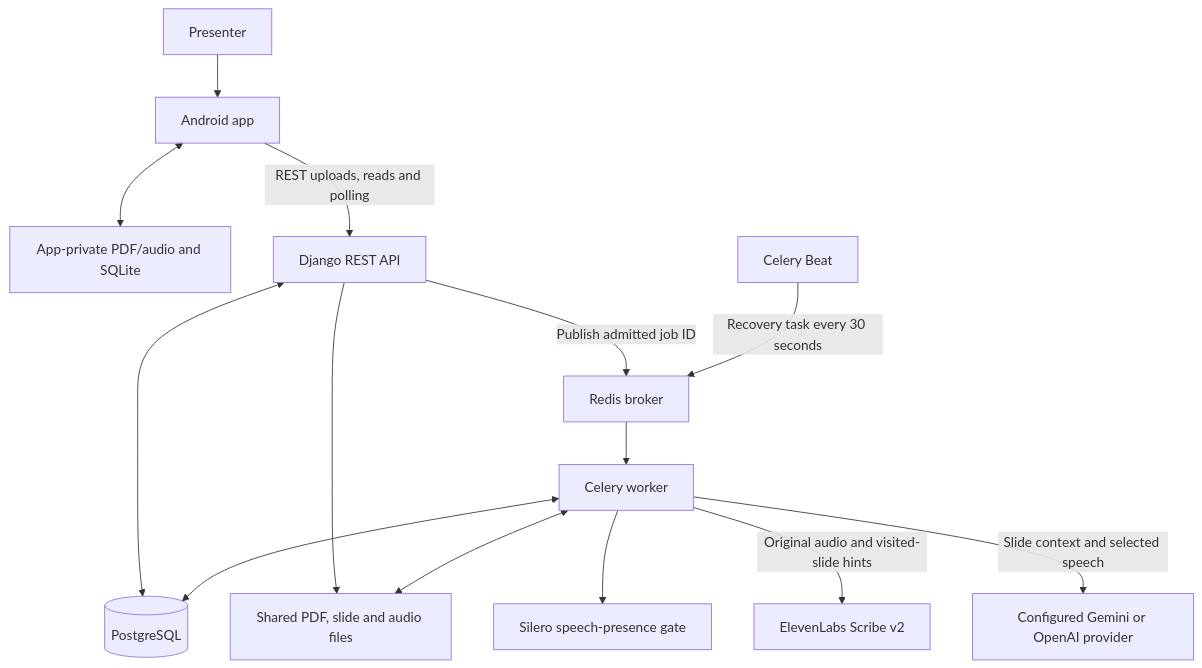
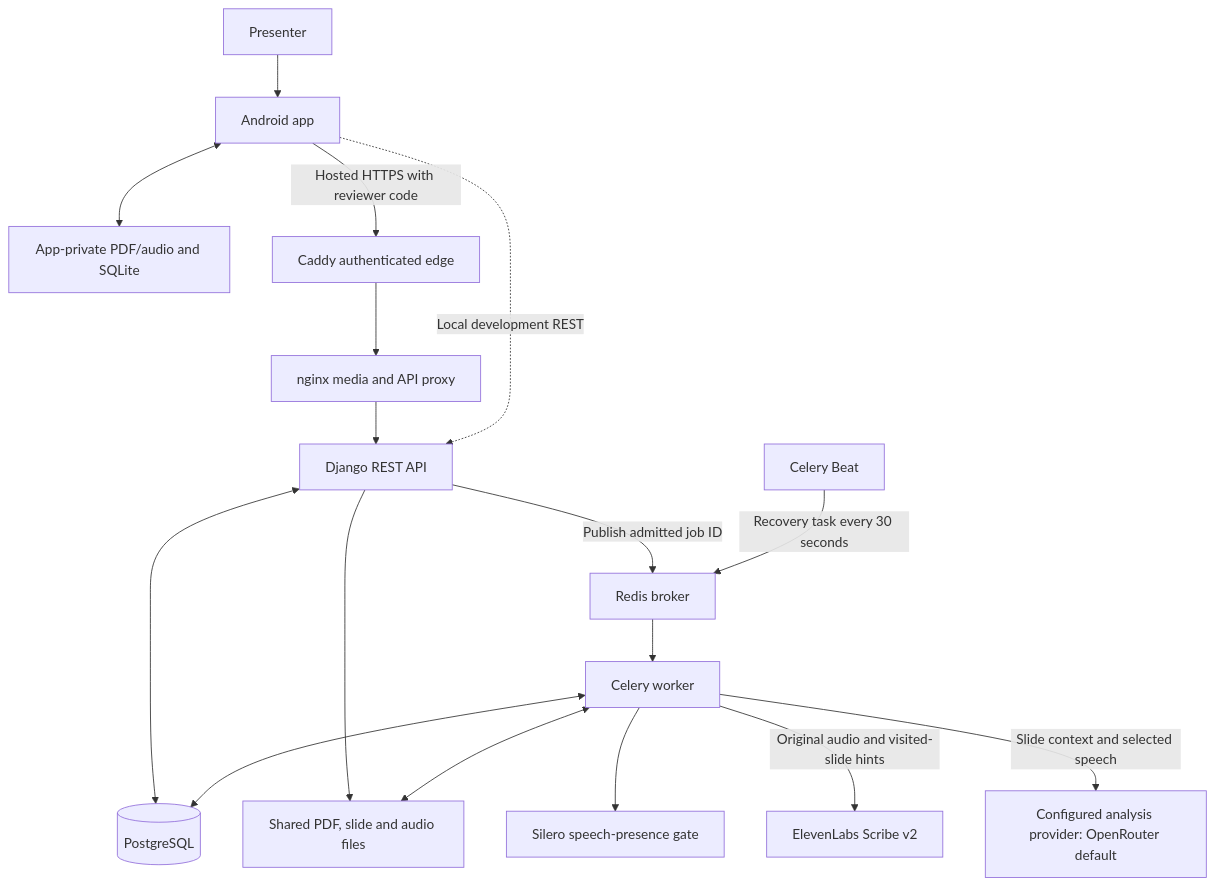
One commit to snuhcs-course/swpp-2026-project-team-07 changed the first of 3 diagrams in Design-Documentation.md. Above: the diagram before and after it, drawn with Mermaid. The commit also changed other lines of this file and 21 other files, not shown here.

````diff
--- a/Design-Documentation.md
+++ b/Design-Documentation.md
@@ -18,16 +30,19 @@
 ```mermaid
 flowchart TD
     Presenter[Presenter] --> App[Android app]
     App <--> Local[App-private PDF/audio and SQLite]
-    App -->|REST uploads, reads and polling| API[Django REST API]
+    App -->|Hosted HTTPS with reviewer code| Edge[Caddy authenticated edge]
+    Edge --> Proxy[nginx media and API proxy]
+    Proxy --> API[Django REST API]
+    App -.->|Local development REST| API
     API <--> DB[(PostgreSQL)]
     API --> Media[Shared PDF, slide and audio files]
     API -->|Publish admitted job ID| Redis[Redis broker]
     Redis --> Worker[Celery worker]
     Beat[Celery Beat] -->|Recovery task every 30 seconds| Redis
     Worker <--> DB
     Worker <--> Media
     Worker --> VAD[Silero speech-presence gate]
     Worker -->|Original audio and visited-slide hints| Scribe[ElevenLabs Scribe v2]
-    Worker -->|Slide context and selected speech| Analysis[Configured Gemini or OpenAI provider]
+    Worker -->|Slide context and selected speech| Analysis[Configured analysis provider: OpenRouter default]
 ```
````
